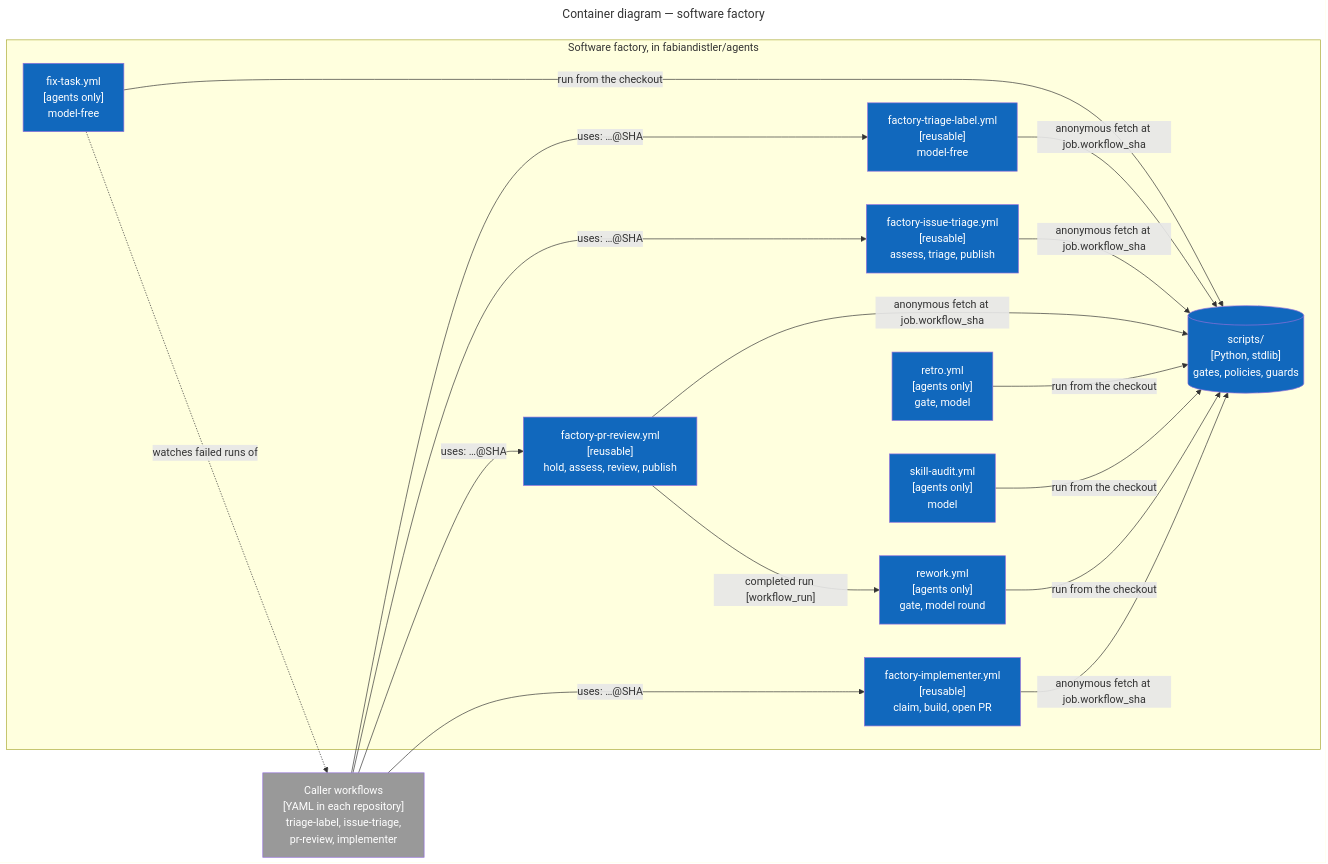
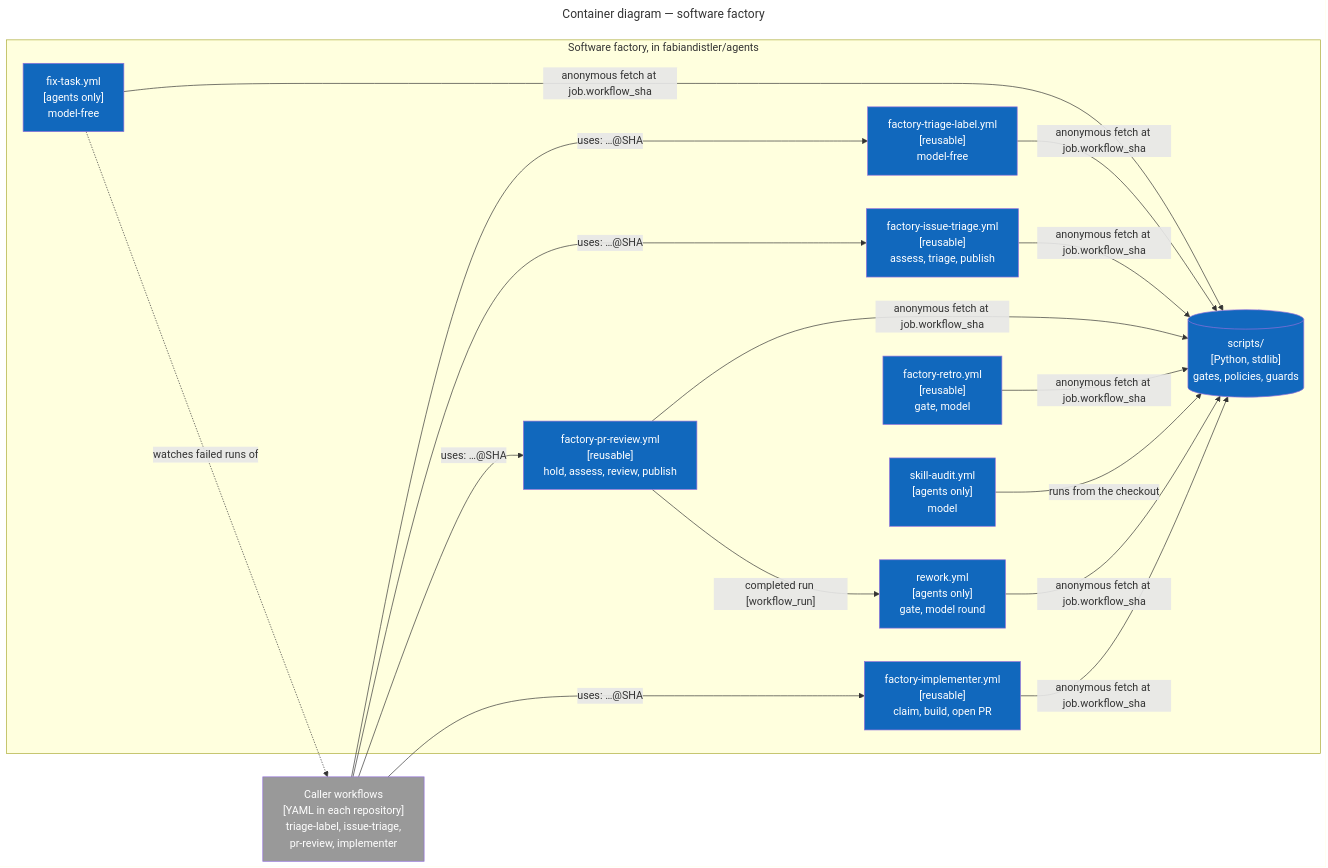
The second of 4 diagrams in docs/factory/architecture.md (fabiandistler/agents), drawn with Mermaid before and after one commit. The commit also changed other lines of this file and 11 other files, not shown here.

First line of the commit message:
feat(factory): extract the Retro task as a reusable workflow

````diff
--- a/docs/factory/architecture.md
+++ b/docs/factory/architecture.md
@@ -70,27 +70,28 @@
 ```mermaid
 ---
 title: Container diagram — software factory
 ---
 flowchart LR
     callers["Caller workflows<br/>[YAML in each repository]<br/>triage-label, issue-triage,<br/>pr-review, implementer"]
     subgraph factory ["Software factory, in fabiandistler/agents"]
         tl["factory-triage-label.yml<br/>[reusable]<br/>model-free"]
         it["factory-issue-triage.yml<br/>[reusable]<br/>assess, triage, publish"]
         prr["factory-pr-review.yml<br/>[reusable]<br/>hold, assess, review, publish"]
         im["factory-implementer.yml<br/>[reusable]<br/>claim, build, open PR"]
         rw["rework.yml<br/>[agents only]<br/>gate, model round"]
         fx["fix-task.yml<br/>[agents only]<br/>model-free"]
-        rt["retro.yml<br/>[agents only]<br/>gate, model"]
+        rt["factory-retro.yml<br/>[reusable]<br/>gate, model"]
         sa["skill-audit.yml<br/>[agents only]<br/>model"]
         scripts[("scripts/<br/>[Python, stdlib]<br/>gates, policies, guards")]
     end
     callers -- "uses: …@SHA" --> tl & it & prr & im
     tl & it & prr & im -- "anonymous fetch at job.workflow_sha" --> scripts
     prr -- "completed run [workflow_run]" --> rw
-    rw & fx & rt & sa -- "run from the checkout" --> scripts
+    rw & fx & rt -- "anonymous fetch at job.workflow_sha" --> scripts
+    sa -- "runs from the checkout" --> scripts
     fx -. "watches failed runs of" .-> callers
     classDef system fill:#1168bd,color:#fff
     classDef external fill:#999999,color:#fff
     class tl,it,prr,im,rw,fx,rt,sa,scripts system
     class callers external
 ```
````
